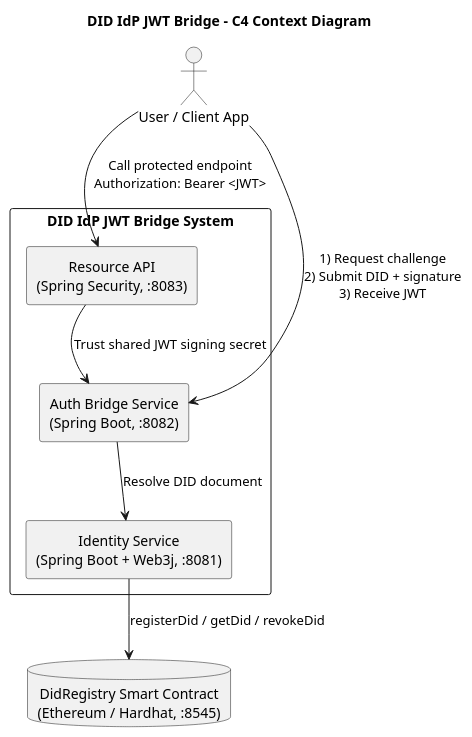
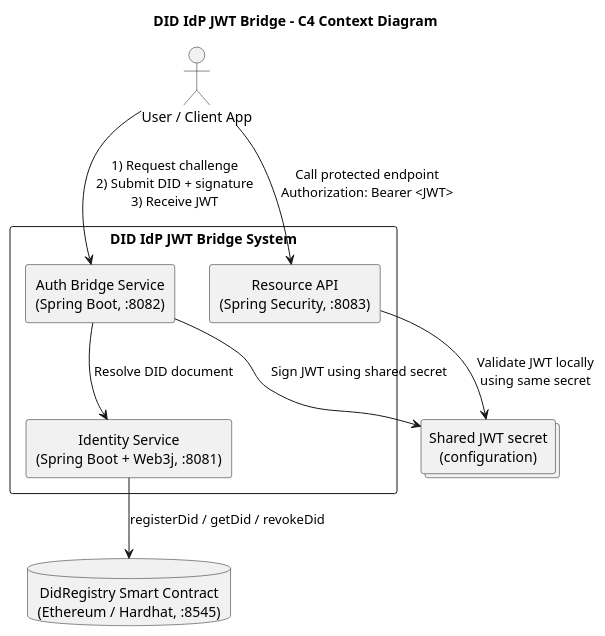
One commit to igorsatsyuk/did-idp-jwt-bridge changed the diagram in docs/diagrams/c4-context.puml. Above: the diagram before and after it, drawn with PlantUML. The commit also changed 1 other file, not shown here.

```diff
--- a/docs/diagrams/c4-context.puml
+++ b/docs/diagrams/c4-context.puml
@@ -1,25 +1,27 @@
 @startuml
 title DID IdP JWT Bridge - C4 Context Diagram
 
 skinparam backgroundColor #FFFFFF
 skinparam packageStyle rectangle
 skinparam shadowing false
 skinparam defaultTextAlignment center
 
 actor "User / Client App" as client
 
 rectangle "DID IdP JWT Bridge System" as system {
   rectangle "Auth Bridge Service\n(Spring Boot, :8082)" as auth
   rectangle "Identity Service\n(Spring Boot + Web3j, :8081)" as identity
   rectangle "Resource API\n(Spring Security, :8083)" as resource
 }
 
 database "DidRegistry Smart Contract\n(Ethereum / Hardhat, :8545)" as blockchain
+collections "Shared JWT secret\n(configuration)" as jwtsecret
 
 client --> auth : 1) Request challenge\n2) Submit DID + signature\n3) Receive JWT
 auth --> identity : Resolve DID document
 identity --> blockchain : registerDid / getDid / revokeDid
 client --> resource : Call protected endpoint\nAuthorization: Bearer <JWT>
-resource --> auth : Trust shared JWT signing secret
+auth --> jwtsecret : Sign JWT using shared secret
+resource --> jwtsecret : Validate JWT locally\nusing same secret
 
 @enduml
```
